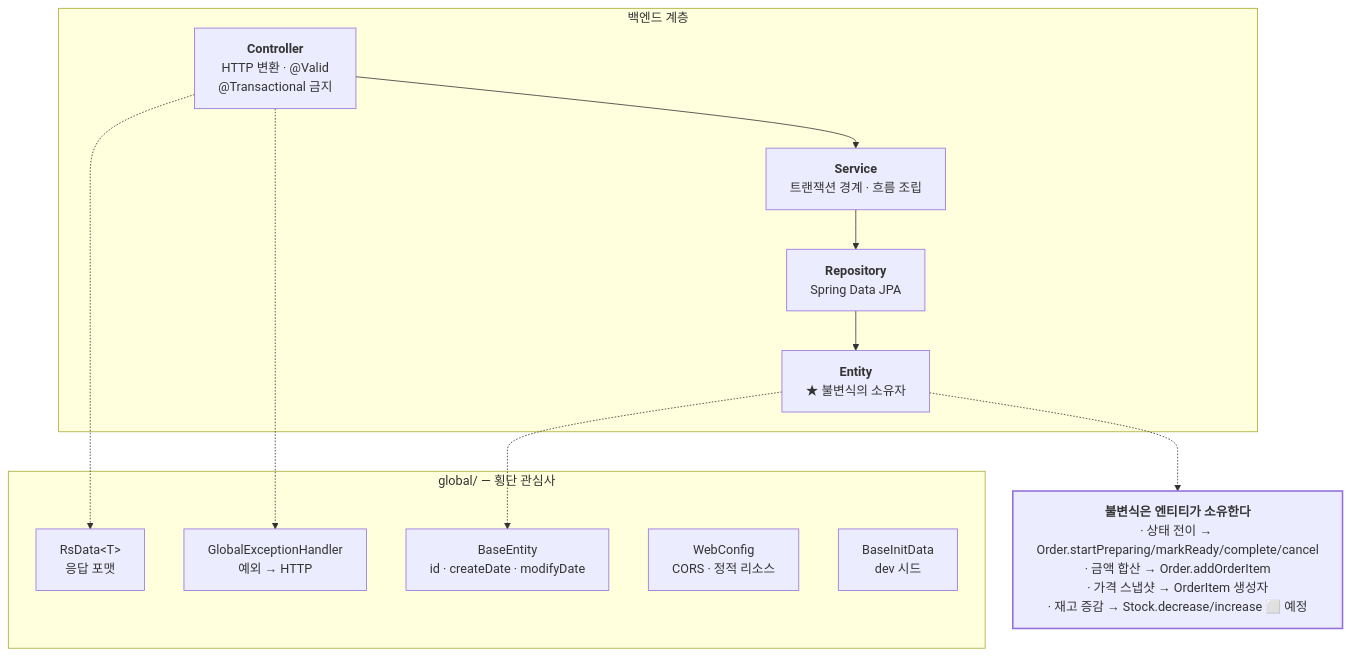
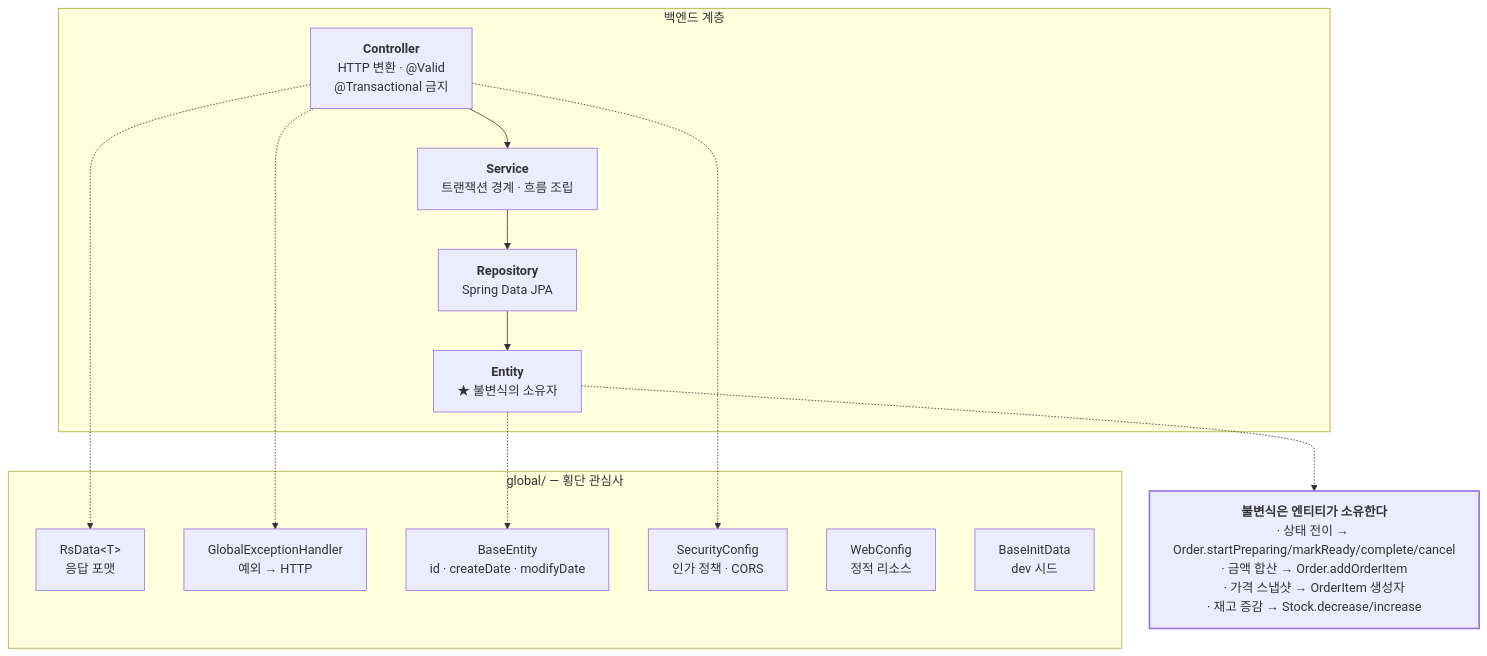
One commit to hhyukk/cafe-kiosk changed the third of 8 diagrams in docs/design/architecture.md. Above: the diagram before and after it, drawn with Mermaid. The commit also changed other lines of this file, not shown here.

````diff
--- a/docs/design/architecture.md
+++ b/docs/design/architecture.md
@@ -201,27 +160,29 @@
 ```mermaid
 flowchart TD
     subgraph LAYER["백엔드 계층"]
         C["<b>Controller</b><br/>HTTP 변환 · @Valid<br/>@Transactional 금지"]
         S["<b>Service</b><br/>트랜잭션 경계 · 흐름 조립"]
         R["<b>Repository</b><br/>Spring Data JPA"]
         E["<b>Entity</b><br/>★ 불변식의 소유자"]
     end
 
     subgraph GLOBAL["global/ — 횡단 관심사"]
         RS["RsData&lt;T&gt;<br/>응답 포맷"]
         GEH["GlobalExceptionHandler<br/>예외 → HTTP"]
         BE["BaseEntity<br/>id · createDate · modifyDate"]
-        WC["WebConfig<br/>CORS · 정적 리소스"]
+        SEC["SecurityConfig<br/>인가 정책 · CORS"]
+        WC["WebConfig<br/>정적 리소스"]
         INIT["BaseInitData<br/>dev 시드"]
     end
 
     C --> S --> R --> E
     C -.-> RS
     C -.-> GEH
     E -.-> BE
+    C -.-> SEC
 
-    INV["<b>불변식은 엔티티가 소유한다</b><br/>· 상태 전이 → Order.startPreparing/markReady/complete/cancel<br/>· 금액 합산 → Order.addOrderItem<br/>· 가격 스냅샷 → OrderItem 생성자<br/>· 재고 증감 → Stock.decrease/increase ⬜ 예정"]
+    INV["<b>불변식은 엔티티가 소유한다</b><br/>· 상태 전이 → Order.startPreparing/markReady/complete/cancel<br/>· 금액 합산 → Order.addOrderItem<br/>· 가격 스냅샷 → OrderItem 생성자<br/>· 재고 증감 → Stock.decrease/increase"]
     E -.-> INV
 
     style INV stroke-width:2px
 ```
````
